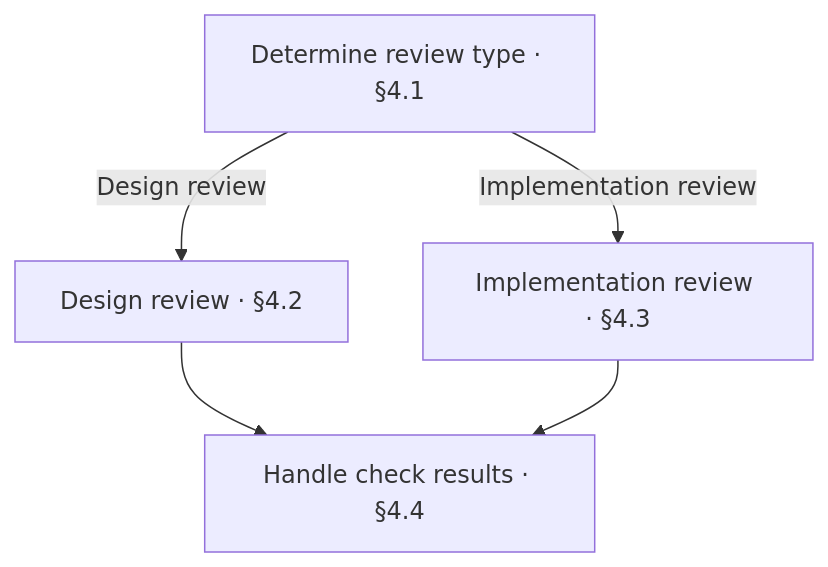
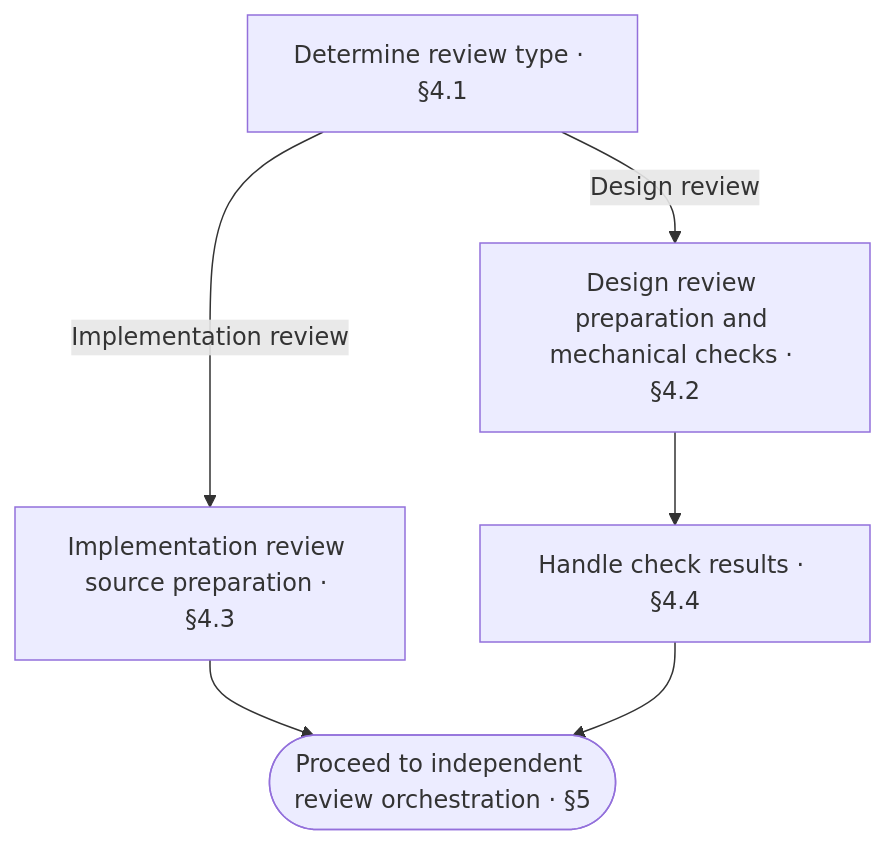
Before and after one commit to ruozi/anyone-can-architect: the second of 2 diagrams in dist/antigravity-cli/aca-review/SKILL.md, drawn with Mermaid. The commit also changed other lines of this file and 116 other files, not shown here.

Commit message:
feat(aca-test): add independent test skill and decouple test execution from implement and review

````diff
--- a/dist/antigravity-cli/aca-review/SKILL.md
+++ b/dist/antigravity-cli/aca-review/SKILL.md
@@ -140,7 +138,8 @@
 ```mermaid
 flowchart TD
-    Kind["Determine review type · §4.1"] -- Design review --> Design["Design review · §4.2"]
-    Kind -- Implementation review --> Implementation["Implementation review · §4.3"]
+    Kind["Determine review type · §4.1"] -- Design review --> Design["Design review preparation and mechanical checks · §4.2"]
+    Kind -- Implementation review --> Implementation["Implementation review source preparation · §4.3"]
     Design --> Results["Handle check results · §4.4"]
-    Implementation --> Results
+    Implementation --> Next(["Proceed to independent review orchestration · §5"])
+    Results --> Next
 ```
````
